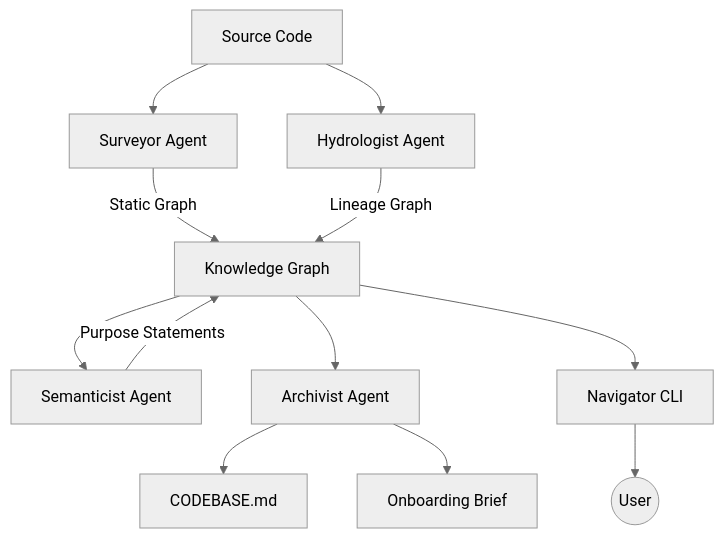
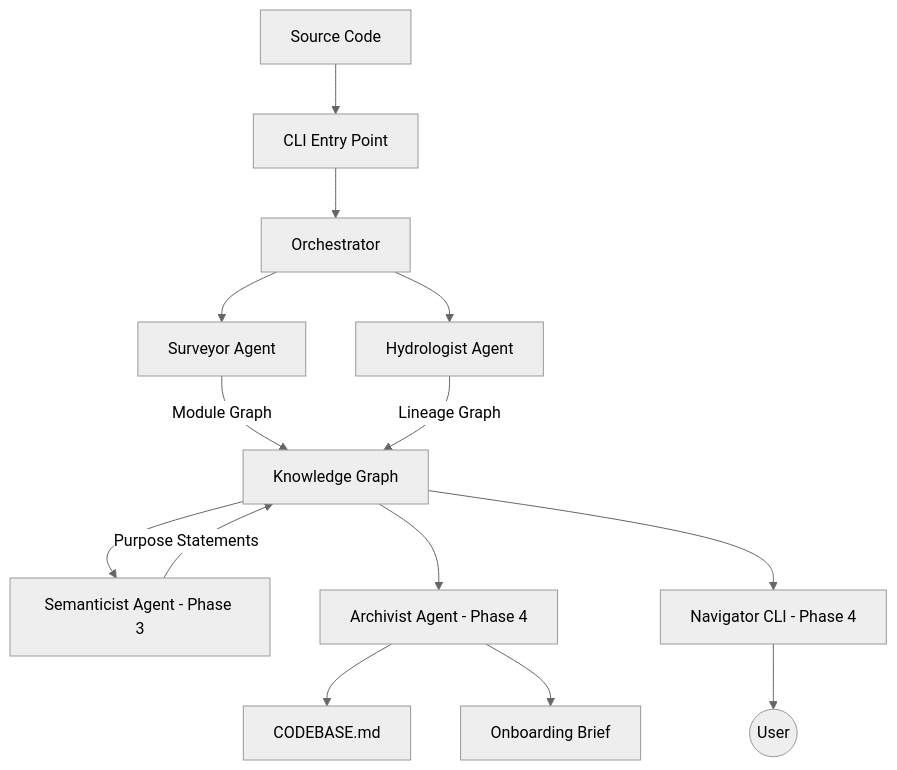
The diagram in README.md (yosef-zewdu/Brownfield-Cartographer), drawn with Mermaid (neutral theme) before and after one commit. The commit also changed other lines of this file, not shown here.

Commit message:
docs: Update README to enhance clarity on features, installation, and usage; add CLI examples and supported frameworks

````diff
--- a/README.md
+++ b/README.md
@@ -26,18 +28,21 @@
 ```mermaid
 graph TD
-    Repo[Source Code] --> Surveyor[Surveyor Agent]
-    Repo --> Hydrologist[Hydrologist Agent]
+    Repo[Source Code] --> CLI[CLI Entry Point]
+    CLI --> Orchestrator[Orchestrator]
     
-    Surveyor --> |Static Graph| KG[Knowledge Graph]
+    Orchestrator --> Surveyor[Surveyor Agent]
+    Orchestrator --> Hydrologist[Hydrologist Agent]
+    
+    Surveyor --> |Module Graph| KG[Knowledge Graph]
     Hydrologist --> |Lineage Graph| KG
     
-    KG --> Semanticist[Semanticist Agent]
+    KG --> Semanticist[Semanticist Agent - Phase 3]
     Semanticist --> |Purpose Statements| KG
     
-    KG --> Archivist[Archivist Agent]
+    KG --> Archivist[Archivist Agent - Phase 4]
     Archivist --> CODEBASE[CODEBASE.md]
     Archivist --> Brief[Onboarding Brief]
     
-    KG --> Navigator[Navigator CLI]
+    KG --> Navigator[Navigator CLI - Phase 4]
     Navigator --> User((User))
 ```
````
